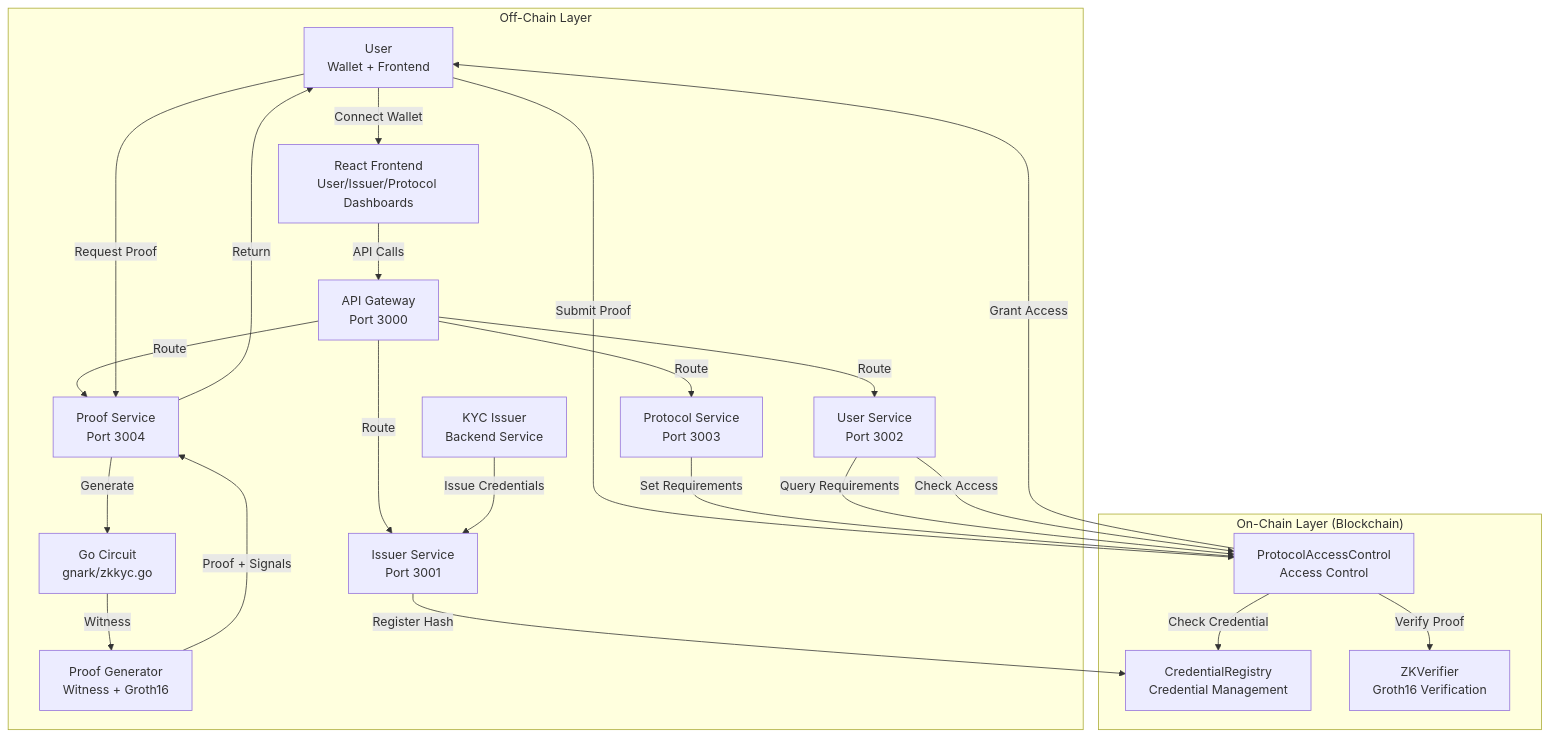
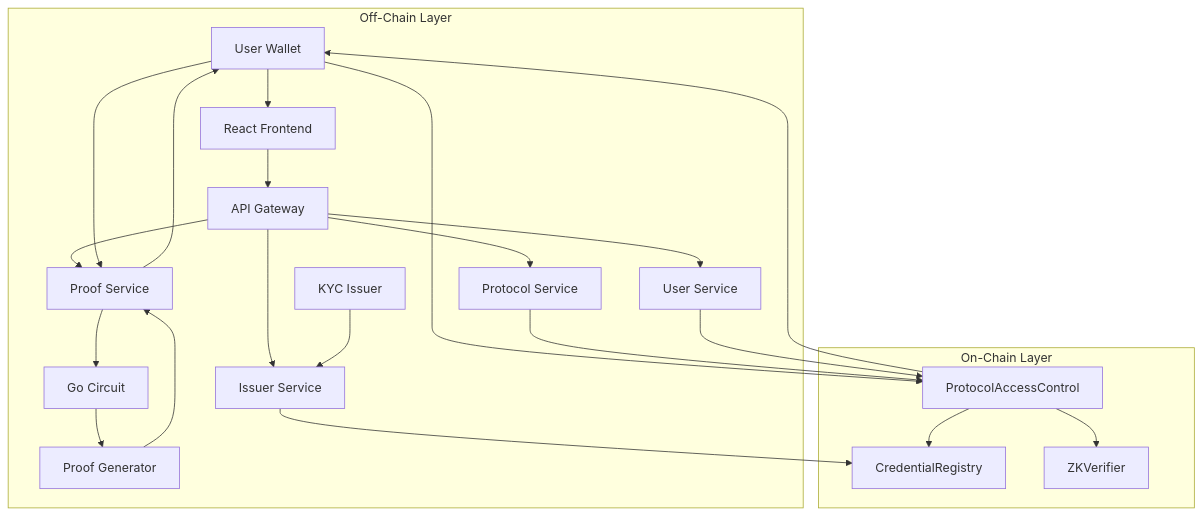
One commit to Samuel1-ona/Noah changed the first of 11 diagrams in README.md. Above: the diagram before and after it, drawn with Mermaid. The commit also changed other lines of this file and 2 other files, not shown here.

````diff
--- a/README.md
+++ b/README.md
@@ -335,46 +335,45 @@
 ```mermaid
 graph TB
-    subgraph "Off-Chain Layer"
-        User[User<br/>Wallet + Frontend]
-        Issuer[KYC Issuer<br/>Backend Service]
-        Frontend[React Frontend<br/>User/Issuer/Protocol Dashboards]
-        Gateway[API Gateway<br/>Port 3000]
-        UserService[User Service<br/>Port 3002]
-        IssuerService[Issuer Service<br/>Port 3001]
-        ProtocolService[Protocol Service<br/>Port 3003]
-        ProofService[Proof Service<br/>Port 3004]
-        Circuit[Go Circuit<br/>gnark/zkkyc.go]
-        ProofGen[Proof Generator<br/>Witness + Groth16]
+    subgraph OffChain["Off-Chain Layer"]
+        User[User Wallet]
+        Issuer[KYC Issuer]
+        Frontend[React Frontend]
+        Gateway[API Gateway]
+        UserService[User Service]
+        IssuerService[Issuer Service]
+        ProtocolService[Protocol Service]
+        ProofService[Proof Service]
+        Circuit[Go Circuit]
+        ProofGen[Proof Generator]
     end
 
-    subgraph "On-Chain Layer (Blockchain)"
-        Registry[CredentialRegistry<br/>Credential Management]
-        AccessControl[ProtocolAccessControl<br/>Access Control]
-        Verifier[ZKVerifier<br/>Groth16 Verification]
+    subgraph OnChain["On-Chain Layer"]
+        Registry[CredentialRegistry]
+        AccessControl[ProtocolAccessControl]
+        Verifier[ZKVerifier]
     end
 
-    User -->|Connect Wallet| Frontend
-    Frontend -->|API Calls| Gateway
-    Gateway -->|Route| UserService
-    Gateway -->|Route| IssuerService
-    Gateway -->|Route| ProtocolService
-    Gateway -->|Route| ProofService
+    User --> Frontend
+    Frontend --> Gateway
+    Gateway --> UserService
+    Gateway --> IssuerService
+    Gateway --> ProtocolService
+    Gateway --> ProofService
     
-    Issuer -->|Issue Credentials| IssuerService
-    IssuerService -->|Register Hash| Registry
+    Issuer --> IssuerService
+    IssuerService --> Registry
     
-    User -->|Request Proof| ProofService
-    ProofService -->|Generate| Circuit
-    Circuit -->|Witness| ProofGen
-    ProofGen -->|Proof + Signals| ProofService
-    ProofService -->|Return| User
+    User --> ProofService
+    ProofService --> Circuit
+    Circuit --> ProofGen
+    ProofGen --> ProofService
+    ProofService --> User
     
-    User -->|Submit Proof| AccessControl
-    AccessControl -->|Check Credential| Registry
-    AccessControl -->|Verify Proof| Verifier
-    AccessControl -->|Grant Access| User
+    User --> AccessControl
+    AccessControl --> Registry
+    AccessControl --> Verifier
+    AccessControl --> User
     
-    ProtocolService -->|Set Requirements| AccessControl
-    UserService -->|Query Requirements| AccessControl
-    UserService -->|Check Access| AccessControl
+    ProtocolService --> AccessControl
+    UserService --> AccessControl
 ```
````
